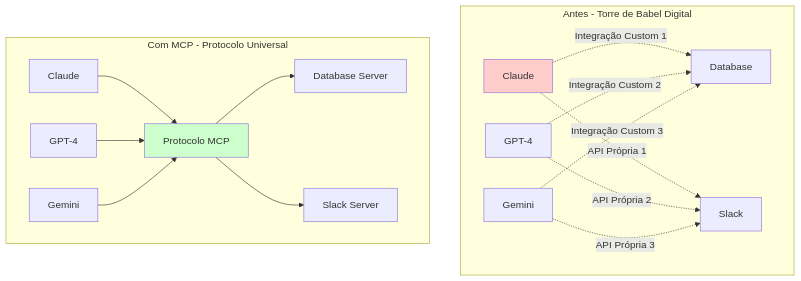
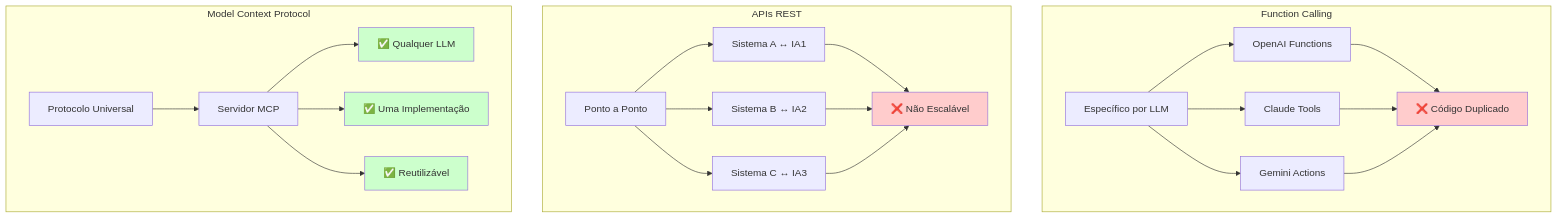
The fourth of 20 diagrams in AI/Comunicação/MCP/00-mcp-presentation-zero to hero.md (felipepimentel/my-public-notes), drawn with Mermaid before and after one commit. The commit also changed other lines of this file, not shown here.

````diff
--- a/AI/Comunicação/MCP/00-mcp-presentation-zero to hero.md
+++ b/AI/Comunicação/MCP/00-mcp-presentation-zero to hero.md
@@ -88,23 +100,29 @@
 ```mermaid
 graph TD
-    subgraph "Antes - Torre de Babel Digital"
-        A1[Claude] -.->|Integração Custom 1| D1[Database]
-        A2[GPT-4] -.->|Integração Custom 2| D1
-        A3[Gemini] -.->|Integração Custom 3| D1
-        
-        A1 -.->|API Própria 1| T1[Slack]
-        A2 -.->|API Própria 2| T1
-        A3 -.->|API Própria 3| T1
+    subgraph "Function Calling"
+        FC[Específico por LLM] --> FC1[OpenAI Functions]
+        FC --> FC2[Claude Tools]
+        FC --> FC3[Gemini Actions]
+        FC1 & FC2 & FC3 --> FCPROBLEM[❌ Código Duplicado]
     end
     
-    subgraph "Com MCP - Protocolo Universal"
-        B1[Claude] --> M[Protocolo MCP]
-        B2[GPT-4] --> M
-        B3[Gemini] --> M
-        M --> D2[Database Server]
-        M --> T2[Slack Server]
+    subgraph "APIs REST"
+        REST[Ponto a Ponto] --> R1[Sistema A ↔ IA1]
+        REST --> R2[Sistema B ↔ IA2]
+        REST --> R3[Sistema C ↔ IA3]
+        R1 & R2 & R3 --> RPROBLEM[❌ Não Escalável]
     end
     
-    style A1 fill:#ffcccc
-    style M fill:#ccffcc
+    subgraph "Model Context Protocol"
+        MCP[Protocolo Universal] --> S[Servidor MCP]
+        S --> M1[✅ Qualquer LLM]
+        S --> M2[✅ Uma Implementação]
+        S --> M3[✅ Reutilizável]
+    end
+    
+    style FCPROBLEM fill:#ffcccc
+    style RPROBLEM fill:#ffcccc
+    style M1 fill:#ccffcc
+    style M2 fill:#ccffcc
+    style M3 fill:#ccffcc
 ```
````
